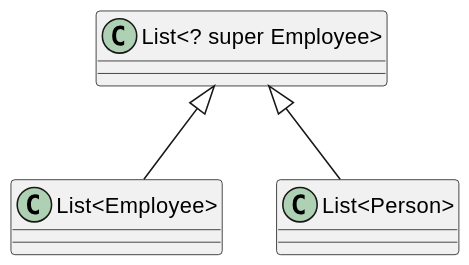
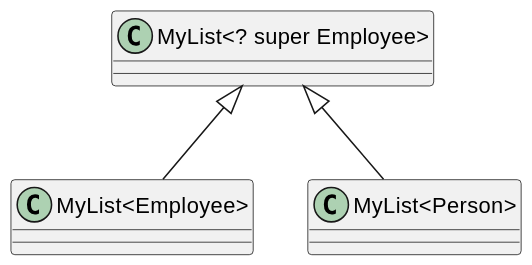
Before and after one commit to inponomarev/variance-lecture: diagram 12 of 17 in src/main/asciidoc/lecture.adoc, drawn with PlantUML. The commit also changed other lines of this file, not shown here.

```diff
--- a/src/main/asciidoc/lecture.adoc
+++ b/src/main/asciidoc/lecture.adoc
@@ -1600,24 +1599,24 @@
 [plantuml, wildsup, png]
 ----
 @startuml
 
 skinparam dpi 150
 
-class "List<? super Employee>" {
+class "MyList<? super Employee>" {
 }
 
 
-class "List<Employee>" {
+class "MyList<Employee>" {
 
 }
 
-class "List<Person>" {
+class "MyList<Person>" {
 
 }
 
-"List<? super Employee>" <|-- "List<Person>"
+"MyList<? super Employee>" <|-- "MyList<Person>"
 
-"List<? super Employee>" <|-- "List<Employee>"
+"MyList<? super Employee>" <|-- "MyList<Employee>"
 
 @enduml
 ----
```
